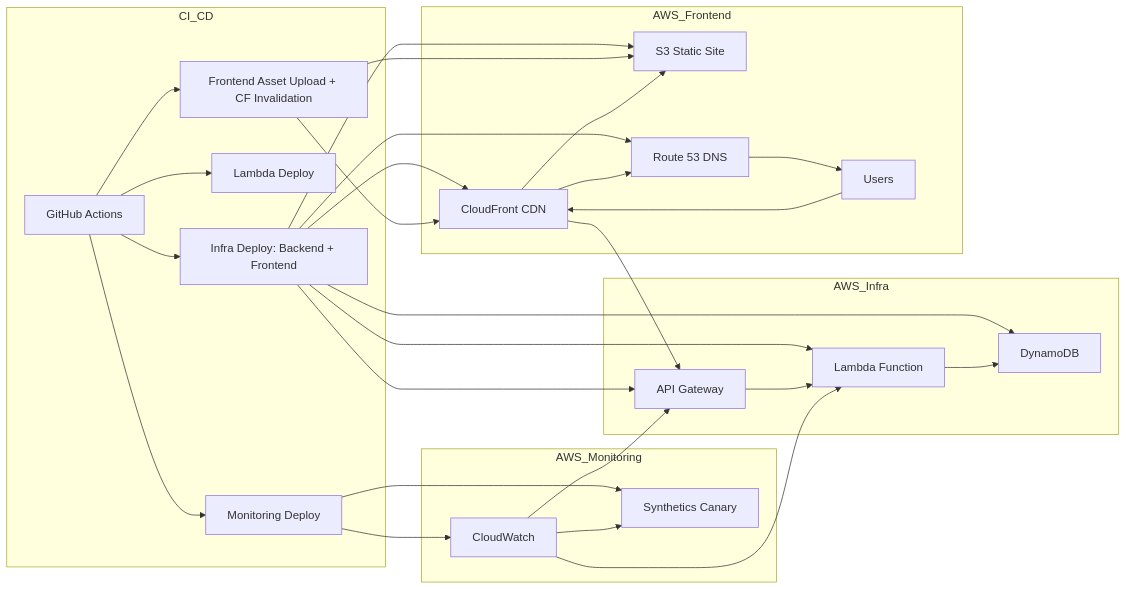
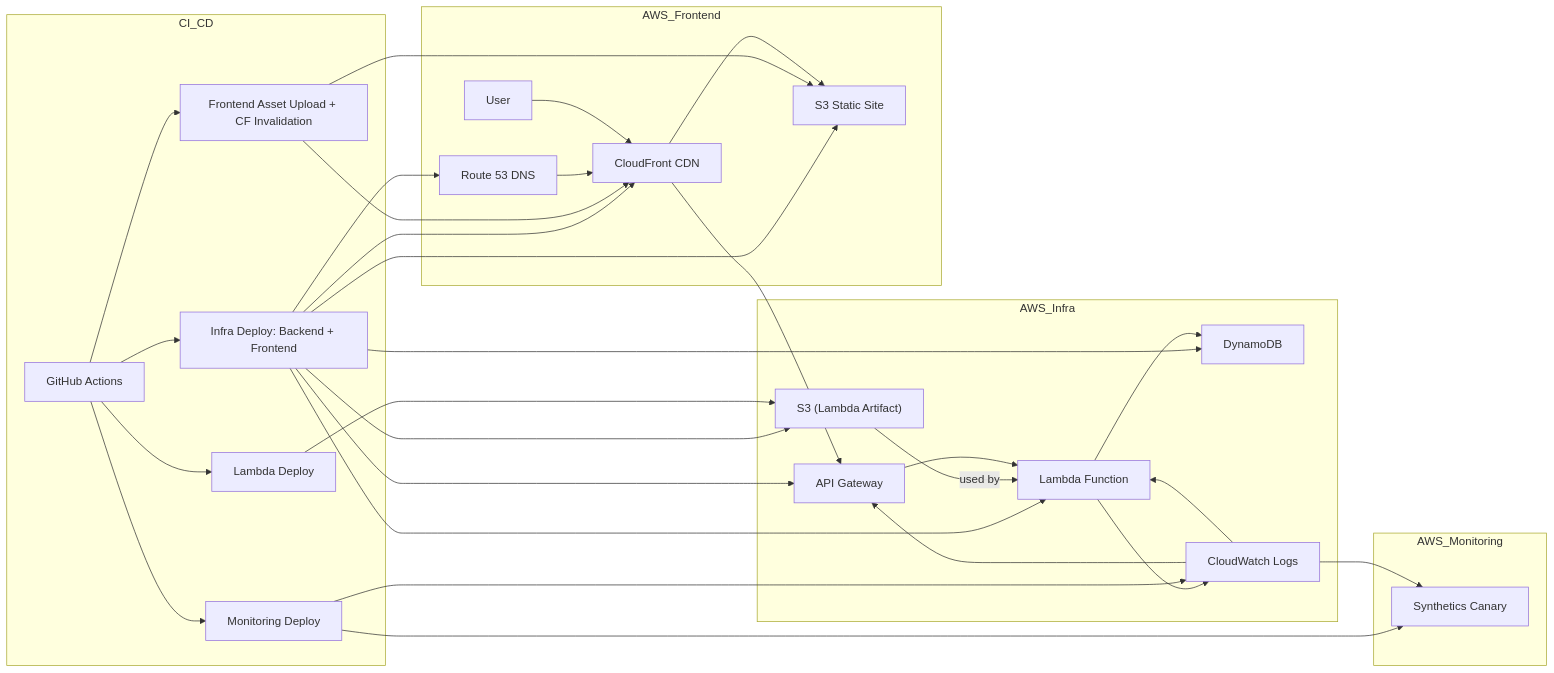
Before and after one commit to hybridmulticloud/resume-api-frontend: the sixth of 6 diagrams in README.md, drawn with Mermaid.

````diff
--- a/README.md
+++ b/README.md
@@ -196,40 +196,43 @@
 ```mermaid
 flowchart LR
   GH[GitHub Actions]
 
   subgraph CI_CD
     GH --> TF["Infra Deploy: Backend + Frontend"]
     GH --> LD["Lambda Deploy"]
     GH --> FD["Frontend Asset Upload + CF Invalidation"]
     GH --> MD["Monitoring Deploy"]
   end
 
   subgraph AWS_Infra
     TF --> APIGW["API Gateway"]
     TF --> Lambda["Lambda Function"]
     TF --> DynamoDB["DynamoDB"]
+    TF --> ArtifactS3["S3 (Lambda Artifact)"]
+    LD --> ArtifactS3
+    ArtifactS3 -- used by --> Lambda
     APIGW --> Lambda
     Lambda --> DynamoDB
+    Lambda --> CW["CloudWatch Logs"]
   end
 
   subgraph AWS_Frontend
     TF --> S3["S3 Static Site"]
     TF --> CF["CloudFront CDN"]
     TF --> Route53["Route 53 DNS"]
     FD --> S3
     FD --> CF
     CF --> S3
     CF --> APIGW
-    CF --> Route53
-    Route53 --> User["Users"]
+    Route53 --> CF
     User --> CF
   end
 
   subgraph AWS_Monitoring
     MD --> Canary["Synthetics Canary"]
-    MD --> CW["CloudWatch"]
+    MD --> CW
     CW --> Canary
     CW --> APIGW
     CW --> Lambda
   end
 ```
````
